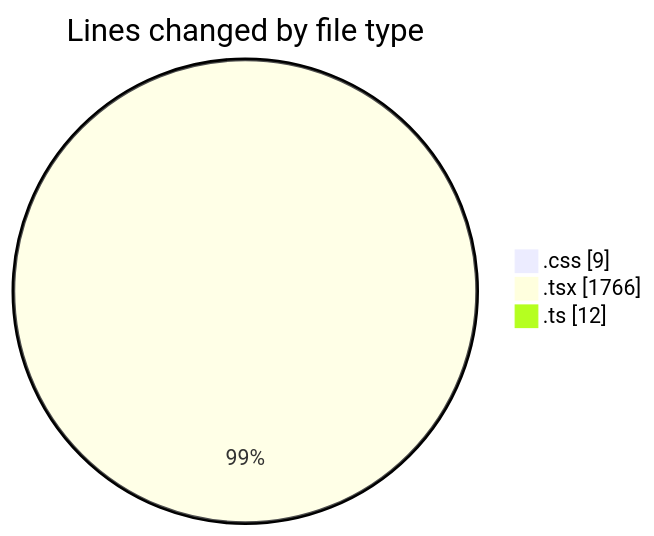
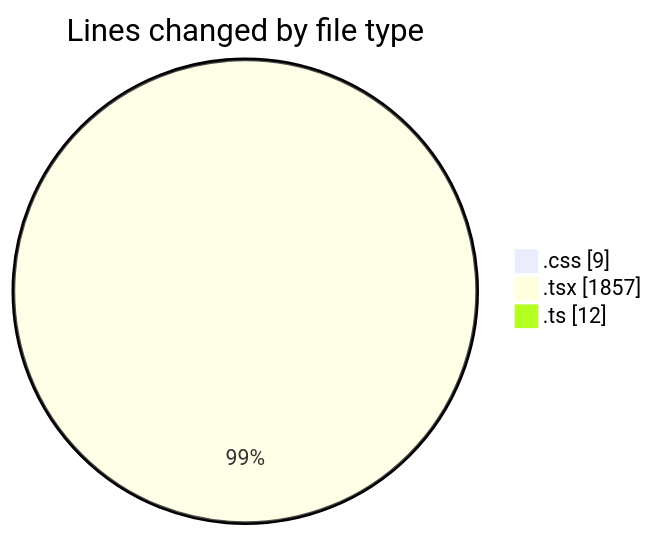
One commit to robertbonfada/code-tracking changed the first of 2 diagrams in 2025-02-28/audiobooks-web/README.md. Above: the diagram before and after it, drawn with Mermaid. The commit also changed other lines of this file and 1 other file, not shown here.

````diff
--- a/2025-02-28/audiobooks-web/README.md
+++ b/2025-02-28/audiobooks-web/README.md
@@ -29,7 +32,7 @@
 ```mermaid
 pie showData
 title Lines changed by file type
 ".css" : 9
-".tsx" : 1766
+".tsx" : 1857
 ".ts" : 12
 ```
````
